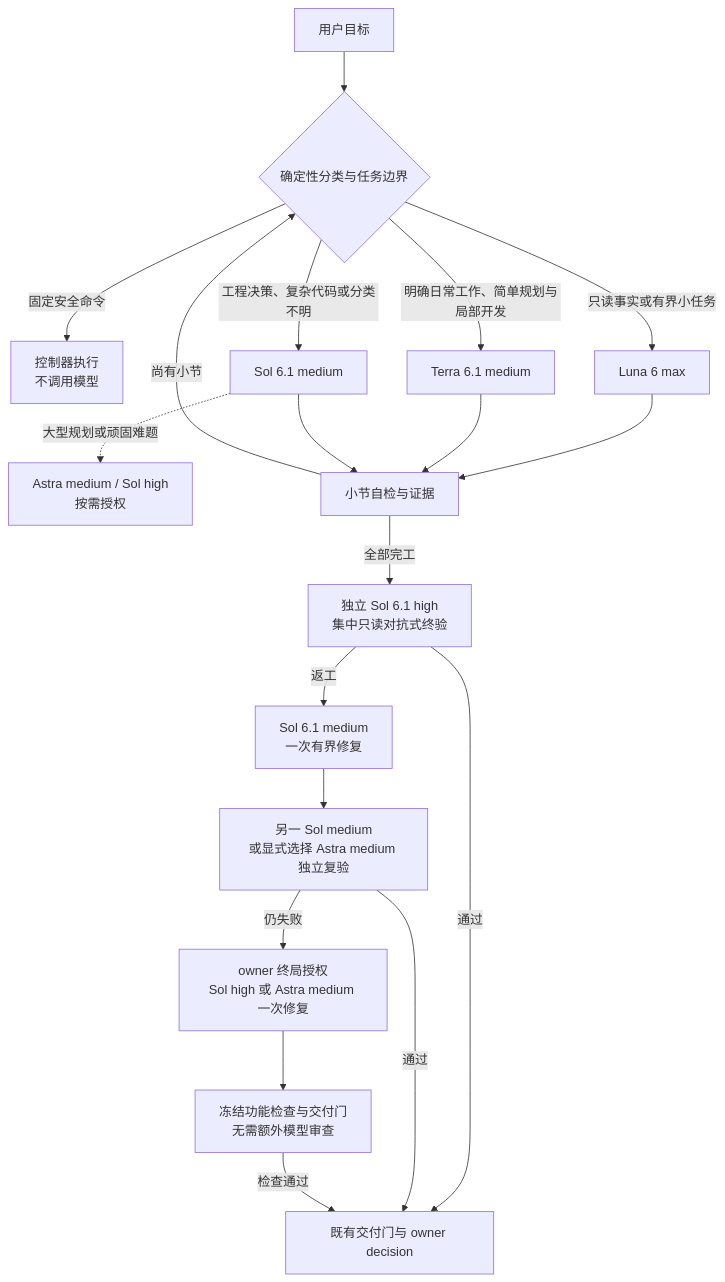
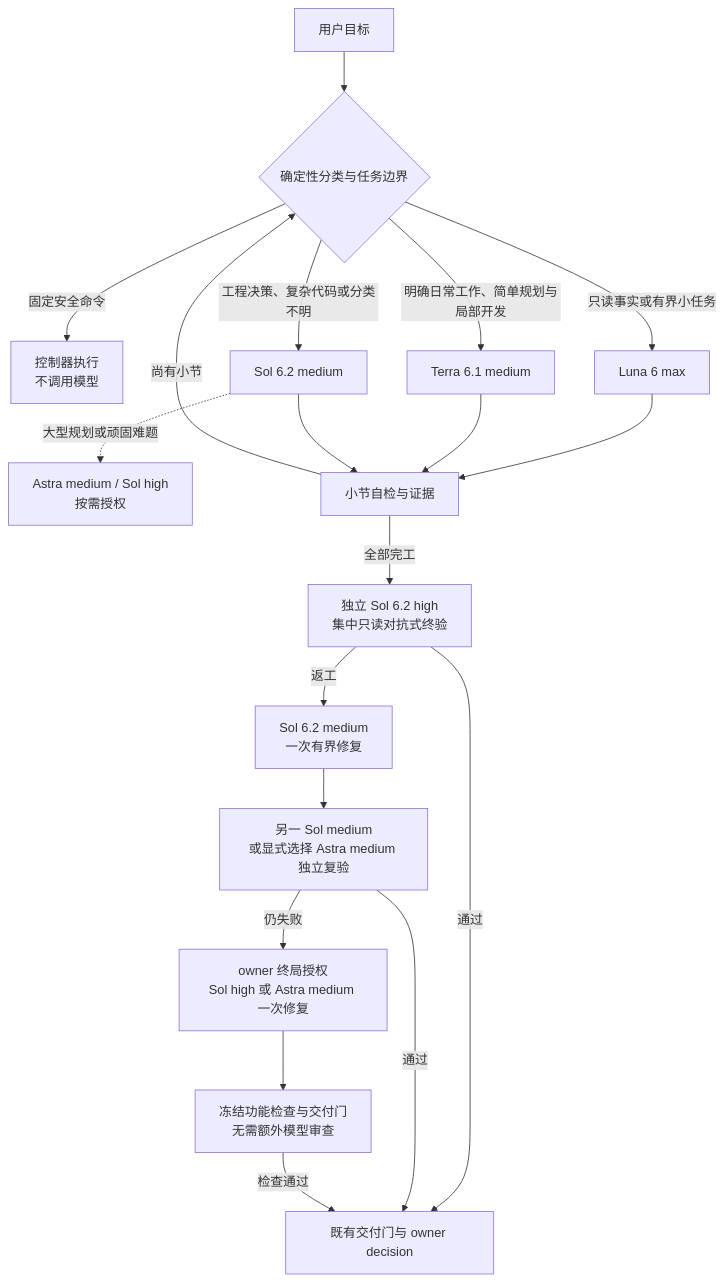
One commit to New2taste/codex-team changed the first of 2 diagrams in README.md. Above: the diagram before and after it, drawn with Mermaid. The commit also changed other lines of this file and 34 other files, not shown here.

````diff
--- a/README.md
+++ b/README.md
@@ -44,21 +44,21 @@
 ```mermaid
 flowchart TD
     A[用户目标] --> B{确定性分类与任务边界}
     B -->|固定安全命令| C[控制器执行<br/>不调用模型]
     B -->|只读事实或有界小任务| D[Luna 6 max]
     B -->|明确日常工作、简单规划与局部开发| T[Terra 6.1 medium]
-    B -->|工程决策、复杂代码或分类不明| E[Sol 6.1 medium]
+    B -->|工程决策、复杂代码或分类不明| E[Sol 6.2 medium]
     E -. 大型规划或顽固难题 .-> F[Astra medium / Sol high<br/>按需授权]
     D --> G[小节自检与证据]
     T --> G
     E --> G
     G -->|尚有小节| B
-    G -->|全部完工| H[独立 Sol 6.1 high<br/>集中只读对抗式终验]
+    G -->|全部完工| H[独立 Sol 6.2 high<br/>集中只读对抗式终验]
     H -->|通过| I[既有交付门与 owner decision]
-    H -->|返工| J[Sol 6.1 medium<br/>一次有界修复]
+    H -->|返工| J[Sol 6.2 medium<br/>一次有界修复]
     J --> K[另一 Sol medium<br/>或显式选择 Astra medium 独立复验]
     K -->|通过| I
     K -->|仍失败| L[owner 终局授权<br/>Sol high 或 Astra medium 一次修复]
     L --> M[冻结功能检查与交付门<br/>无需额外模型审查]
     M -->|检查通过| I
 ```
````
